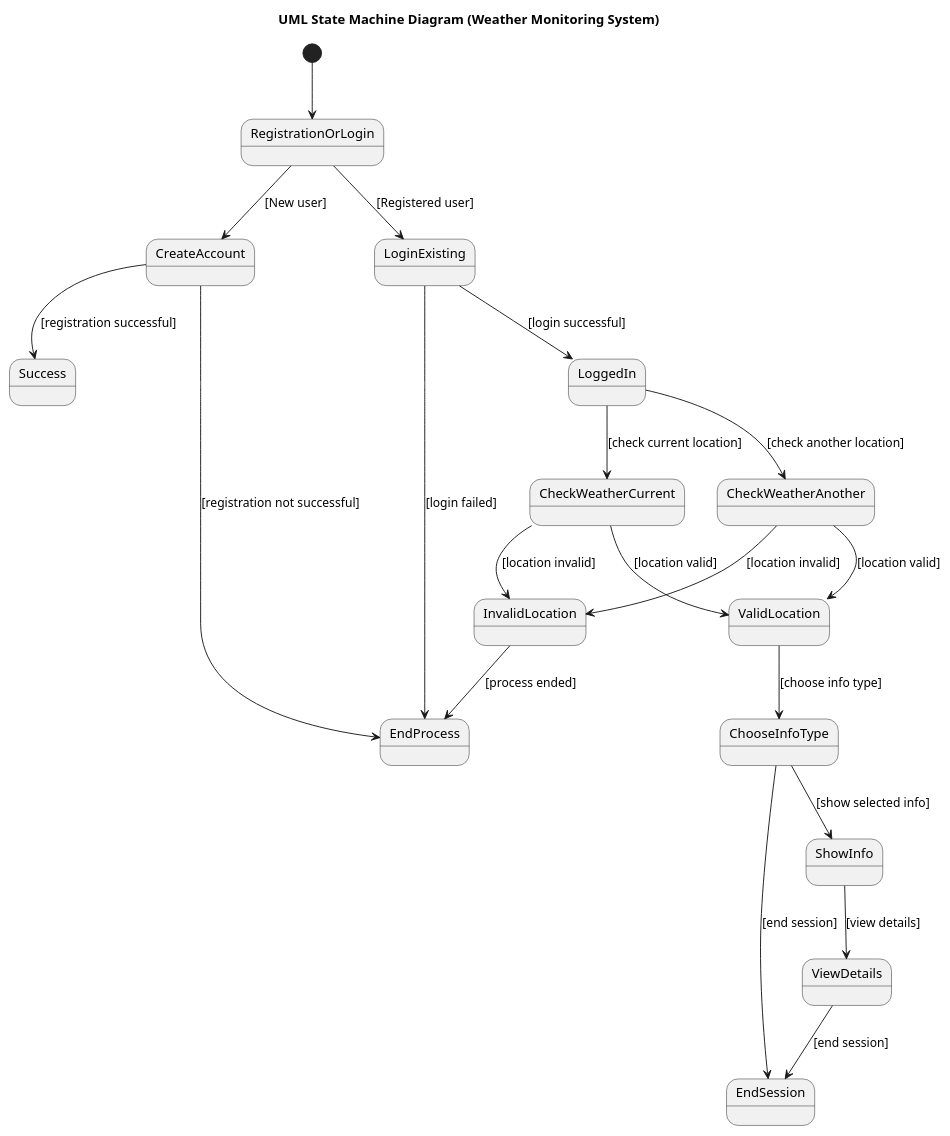
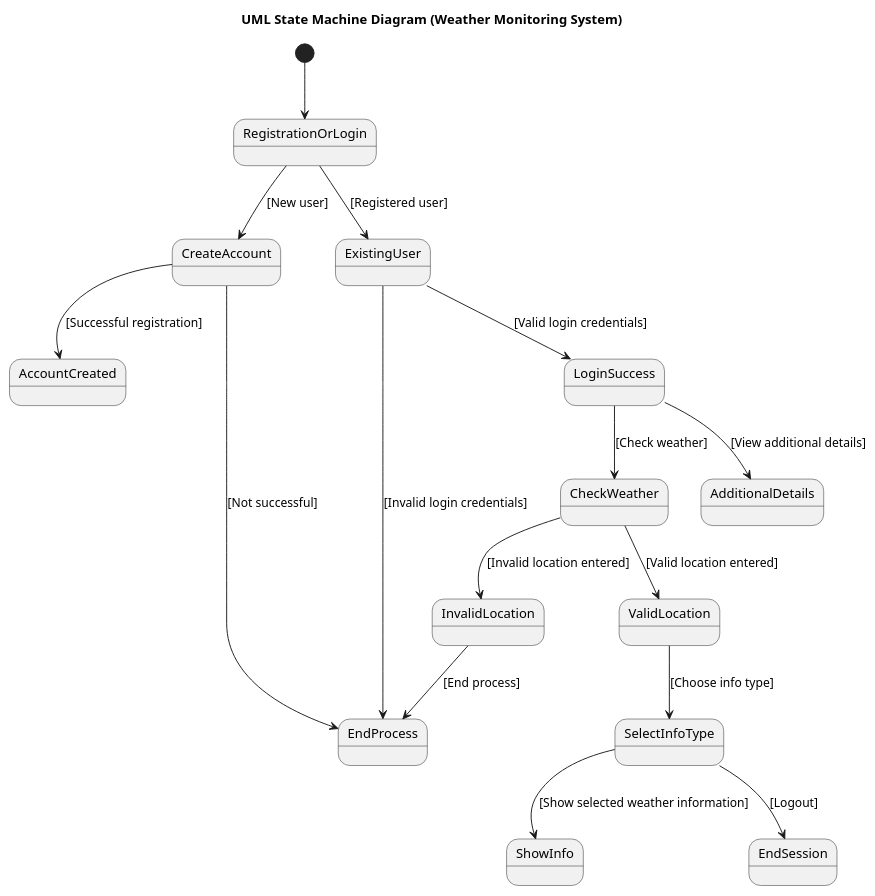
Before and after one commit to maimunafaria/State_transition_Diagram_generated_by_LLM: the diagram in results/plantuml_pipeline_run3/runs/open_source__qwen25_7b_instruct__rag/case_16_weather_monitoring_system/run_01.puml, drawn with PlantUML. The commit also changed 163 other files, not shown here.

```diff
--- a/results/plantuml_pipeline_run3/runs/open_source__qwen25_7b_instruct__rag/case_16_weather_monitoring_system/run_01.puml
+++ b/results/plantuml_pipeline_run3/runs/open_source__qwen25_7b_instruct__rag/case_16_weather_monitoring_system/run_01.puml
@@ -1,46 +1,34 @@
 @startuml
 title UML State Machine Diagram (Weather Monitoring System)
 
 [*] --> RegistrationOrLogin
 
 state RegistrationOrLogin <<choice>>
 RegistrationOrLogin --> CreateAccount : [New user]
-RegistrationOrLogin --> LoginExisting : [Registered user]
+RegistrationOrLogin --> ExistingUser : [Registered user]
 
 state CreateAccount
-CreateAccount --> Success : [registration successful]
-CreateAccount --> EndProcess : [registration not successful]
+CreateAccount --> AccountCreated : [Successful registration]
+CreateAccount --> EndProcess : [Not successful]
 
-state LoginExisting
-LoginExisting --> LoggedIn : [login successful]
-LoginExisting --> EndProcess : [login failed]
+state ExistingUser
+ExistingUser --> LoginSuccess : [Valid login credentials]
+ExistingUser --> EndProcess : [Invalid login credentials]
 
-state LoggedIn
-LoggedIn --> CheckWeatherCurrent : [check current location]
-LoggedIn --> CheckWeatherAnother : [check another location]
+state LoginSuccess
+LoginSuccess --> CheckWeather : [Check weather]
+LoginSuccess --> AdditionalDetails : [View additional details]
 
-state CheckWeatherCurrent
-CheckWeatherCurrent --> ValidLocation : [location valid]
-CheckWeatherCurrent --> InvalidLocation : [location invalid]
-
-state CheckWeatherAnother
-CheckWeatherAnother --> ValidLocation : [location valid]
-CheckWeatherAnother --> InvalidLocation : [location invalid]
+state CheckWeather
+CheckWeather --> ValidLocation : [Valid location entered]
+CheckWeather --> InvalidLocation : [Invalid location entered]
 
 state ValidLocation
-ValidLocation --> ChooseInfoType : [choose info type]
-
-state ChooseInfoType
-ChooseInfoType --> ShowInfo : [show selected info]
-ChooseInfoType --> EndSession : [end session]
+ValidLocation --> SelectInfoType : [Choose info type]
+SelectInfoType --> ShowInfo : [Show selected weather information]
+SelectInfoType --> EndSession : [Logout]
 
 state InvalidLocation
-InvalidLocation --> EndProcess : [process ended]
-
-state ShowInfo
-ShowInfo --> ViewDetails : [view details]
-
-state ViewDetails
-ViewDetails --> EndSession : [end session]
+InvalidLocation --> EndProcess : [End process]
 
 @enduml
```
